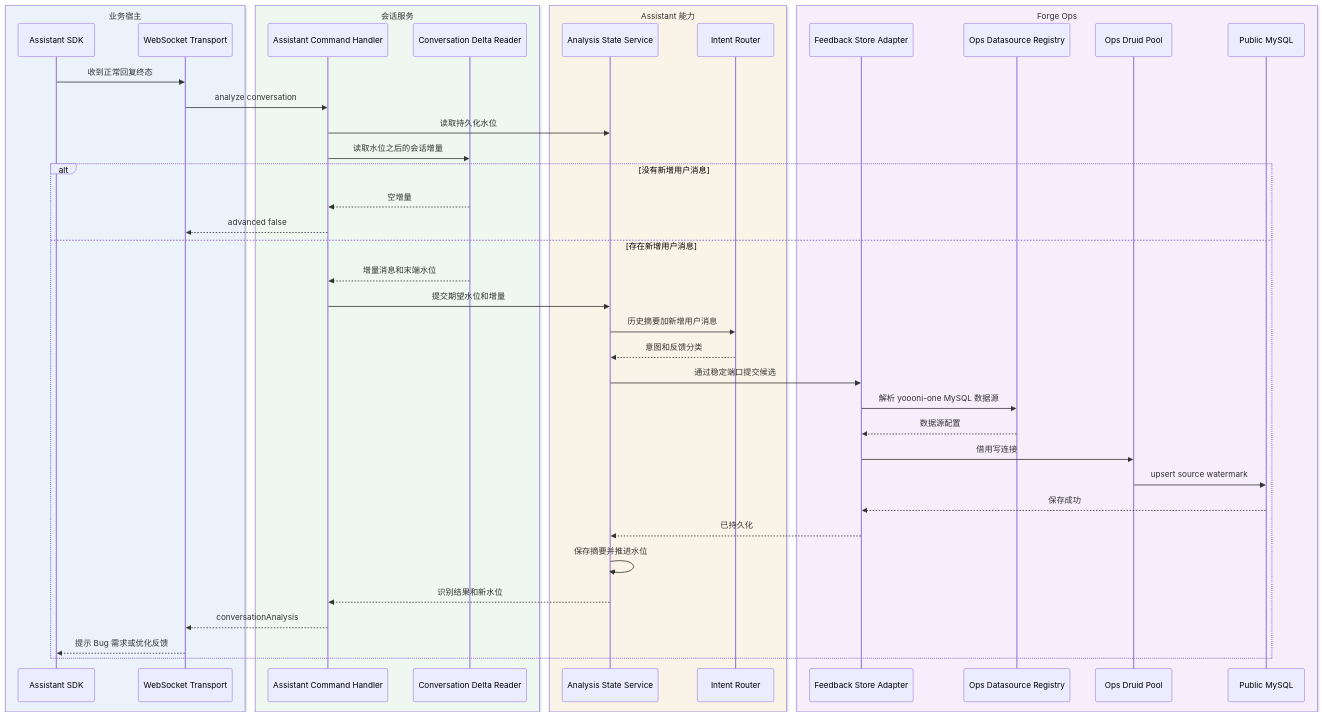
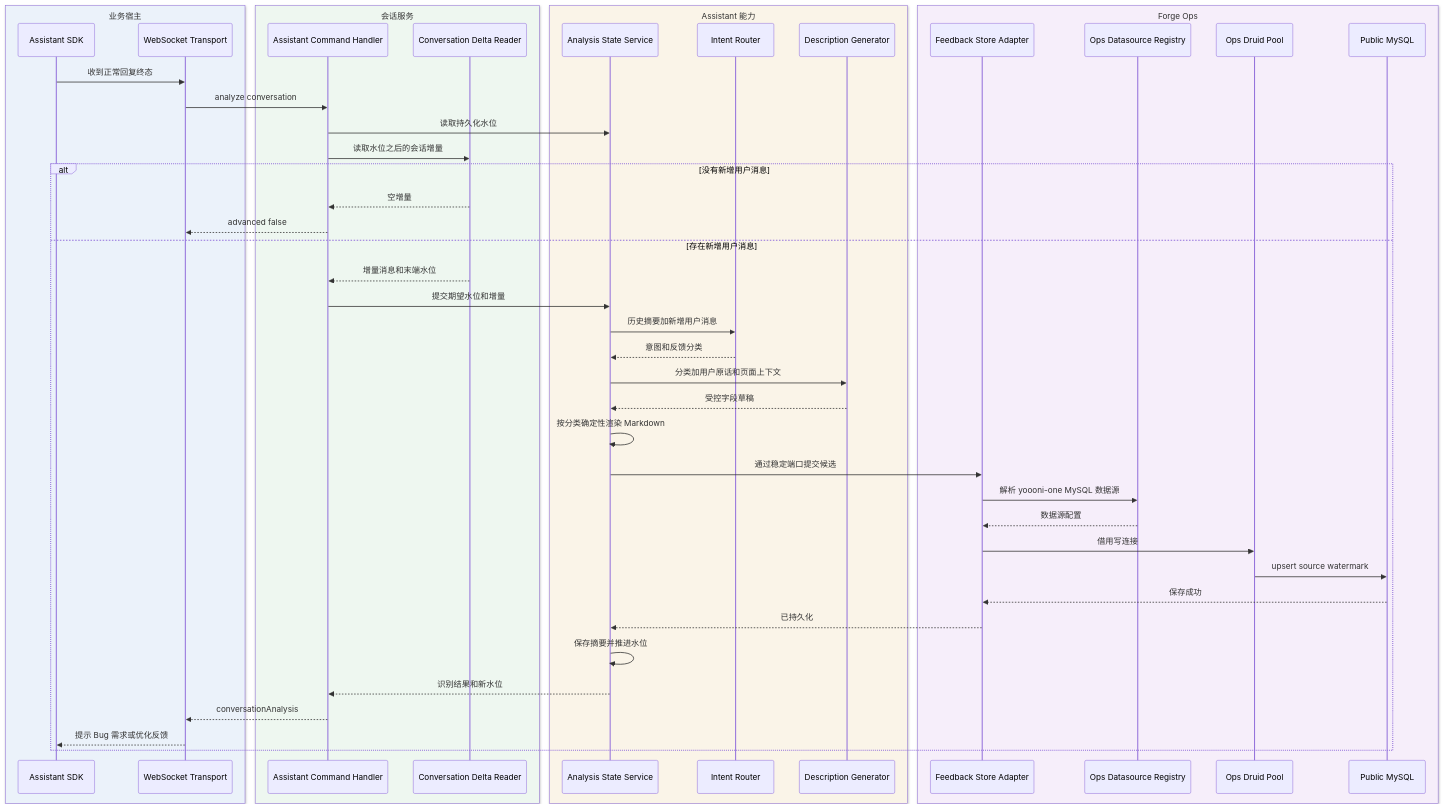
Before and after one commit to exception-coder/kai-toolbox: the fifth of 6 diagrams in docs/design/企业内部多Web系统统一嵌入式AI助手/企业内部多Web系统统一嵌入式AI助手-current.md, drawn with Mermaid. The commit also changed other lines of this file and 14 other files, not shown here.

````diff
--- a/docs/design/企业内部多Web系统统一嵌入式AI助手/企业内部多Web系统统一嵌入式AI助手-current.md
+++ b/docs/design/企业内部多Web系统统一嵌入式AI助手/企业内部多Web系统统一嵌入式AI助手-current.md
@@ -264,45 +267,49 @@
 ```mermaid
 sequenceDiagram
     box rgb(235, 242, 250) 业务宿主
         participant SDK as Assistant SDK
         participant WS as WebSocket Transport
     end
     box rgb(238, 247, 240) 会话服务
         participant CMD as Assistant Command Handler
         participant HISTORY as Conversation Delta Reader
     end
     box rgb(250, 244, 232) Assistant 能力
         participant STATE as Analysis State Service
         participant MODEL as Intent Router
+        participant DRAFT as Description Generator
     end
     box rgb(246, 238, 250) Forge Ops
         participant STORE as Feedback Store Adapter
         participant REG as Ops Datasource Registry
         participant POOL as Ops Druid Pool
         participant MYSQL as Public MySQL
     end
     SDK->>WS: 收到正常回复终态
     WS->>CMD: analyze conversation
     CMD->>STATE: 读取持久化水位
     CMD->>HISTORY: 读取水位之后的会话增量
     alt 没有新增用户消息
         HISTORY-->>CMD: 空增量
         CMD-->>WS: advanced false
     else 存在新增用户消息
         HISTORY-->>CMD: 增量消息和末端水位
         CMD->>STATE: 提交期望水位和增量
         STATE->>MODEL: 历史摘要加新增用户消息
         MODEL-->>STATE: 意图和反馈分类
+        STATE->>DRAFT: 分类加用户原话和页面上下文
+        DRAFT-->>STATE: 受控字段草稿
+        STATE->>STATE: 按分类确定性渲染 Markdown
         STATE->>STORE: 通过稳定端口提交候选
         STORE->>REG: 解析 yoooni-one MySQL 数据源
         REG-->>STORE: 数据源配置
         STORE->>POOL: 借用写连接
         POOL->>MYSQL: upsert source watermark
         MYSQL-->>STORE: 保存成功
         STORE-->>STATE: 已持久化
         STATE->>STATE: 保存摘要并推进水位
         STATE-->>CMD: 识别结果和新水位
         CMD-->>WS: conversationAnalysis
         WS-->>SDK: 提示 Bug 需求或优化反馈
     end
 ```
````
